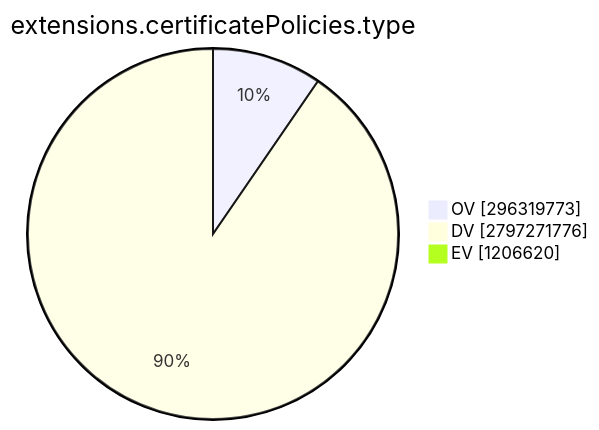
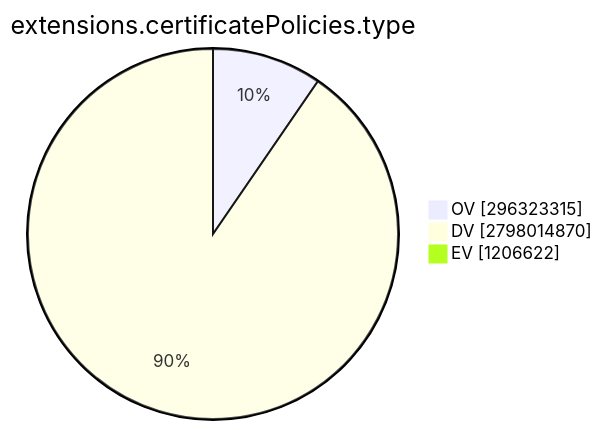
The ninth of 15 diagrams in TOTAL/README.md (christiankrug/ctmonitor_visualization), drawn with Mermaid before and after one commit. The commit also changed other lines of this file, not shown here.

````diff
--- a/TOTAL/README.md
+++ b/TOTAL/README.md
@@ -3099,7 +3099,7 @@
 ```mermaid
 pie showData
 title extensions.certificatePolicies.type
-"OV" :296319773
-"DV" :2797271776
-"EV" :1206620
+"OV" :296323315
+"DV" :2798014870
+"EV" :1206622
 ```
````
